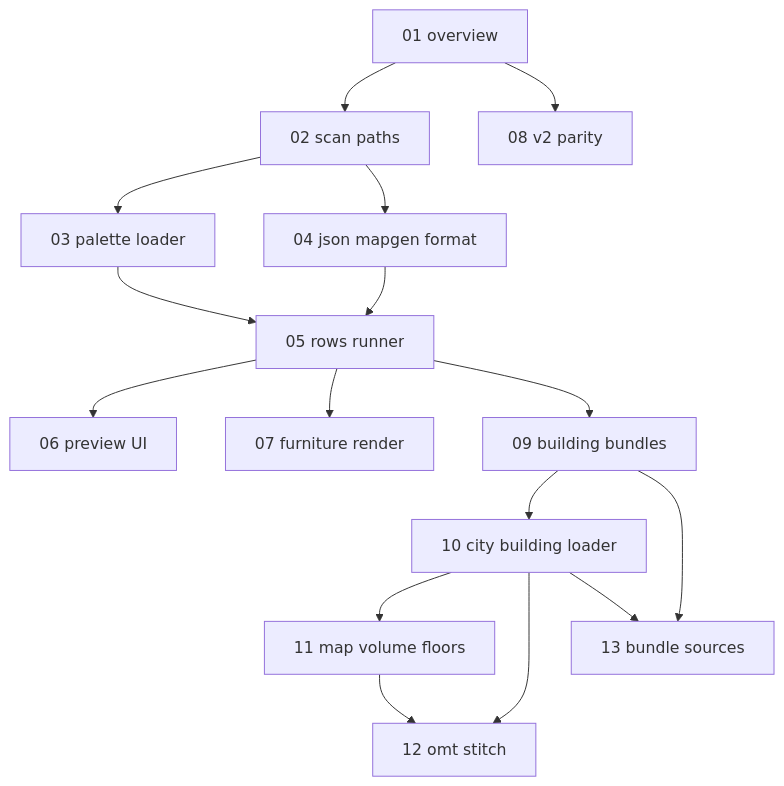
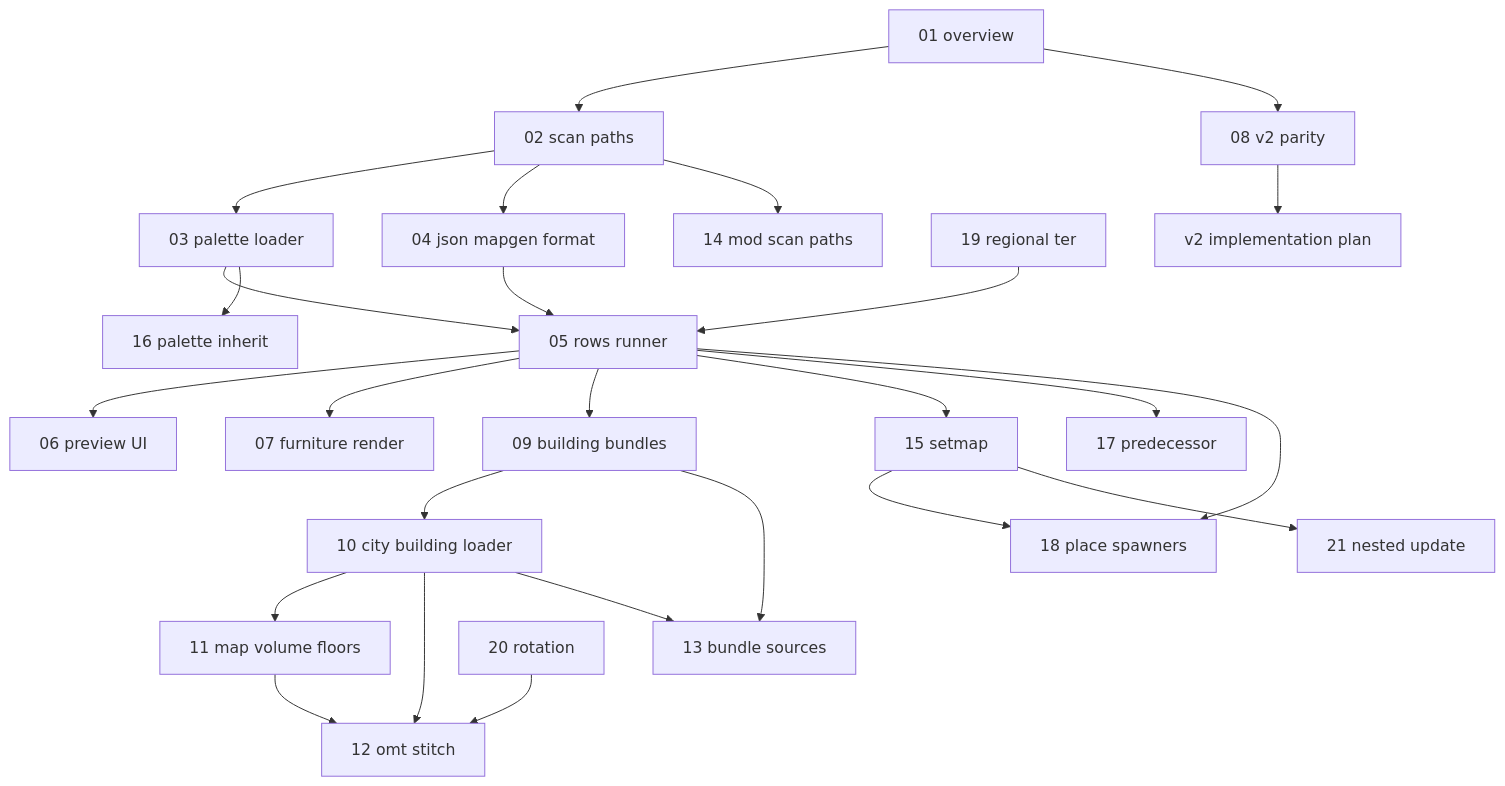
One commit to SOS-Games/Cataclysm-BN-nextgen changed the diagram in docs/mapgen-preview/README.md. Above: the diagram before and after it, drawn with Mermaid. The commit also changed other lines of this file and 74 other files, not shown here.

````diff
--- a/docs/mapgen-preview/README.md
+++ b/docs/mapgen-preview/README.md
@@ -67,32 +81,51 @@
 ```mermaid
 flowchart TD
     U01[01 overview]
     U02[02 scan paths]
     U03[03 palette loader]
     U04[04 json mapgen format]
     U05[05 rows runner]
     U06[06 preview UI]
     U07[07 furniture render]
     U08[08 v2 parity]
     U09[09 building bundles]
     U10[10 city building loader]
     U11[11 map volume floors]
     U12[12 omt stitch]
     U13[13 bundle sources]
+    U14[14 mod scan paths]
+    U15[15 setmap]
+    U16[16 palette inherit]
+    U17[17 predecessor]
+    U18[18 place spawners]
+    U19[19 regional ter]
+    U20[20 rotation]
+    U21[21 nested update]
+    V2[v2 implementation plan]
 
     U01 --> U02
     U02 --> U03
     U02 --> U04
     U03 --> U05
     U04 --> U05
     U05 --> U06
     U05 --> U07
     U05 --> U09
     U09 --> U10
     U10 --> U11
     U10 --> U12
     U09 --> U13
     U10 --> U13
     U11 --> U12
     U01 --> U08
+    U08 --> V2
+    U05 --> U15
+    U05 --> U17
+    U05 --> U18
+    U03 --> U16
+    U02 --> U14
+    U15 --> U18
+    U15 --> U21
+    U19 --> U05
+    U20 --> U12
 ```
````
